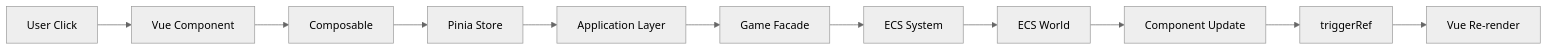
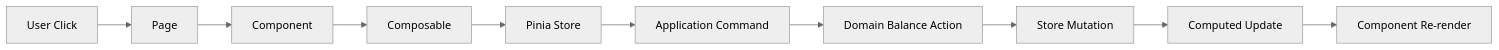
Before and after one commit to arvaistary/sim_game: the second of 3 diagrams in doc/core/ARCHITECTURE_OVERVIEW.md, drawn with Mermaid (neutral theme). The commit also changed other lines of this file and 262 other files, not shown here.

````diff
--- a/doc/core/ARCHITECTURE_OVERVIEW.md
+++ b/doc/core/ARCHITECTURE_OVERVIEW.md
@@ -362,13 +354,12 @@
 ```mermaid
 flowchart LR
-    A[User Click] --> B[Vue Component]
-    B --> C[Composable]
-    C --> D[Pinia Store]
-    D --> E[Application Layer]
-    E --> F[Game Facade]
-    F --> G[ECS System]
-    G --> H[ECS World]
-    H --> I[Component Update]
-    I --> J[triggerRef]
-    J --> K[Vue Re-render]
+    A[User Click] --> B[Page]
+    B --> C[Component]
+    C --> D[Composable]
+    D --> E[Pinia Store]
+    E --> F[Application Command]
+    F --> G[Domain Balance Action]
+    G --> H[Store Mutation]
+    H --> I[Computed Update]
+    I --> J[Component Re-render]
 ```
````
